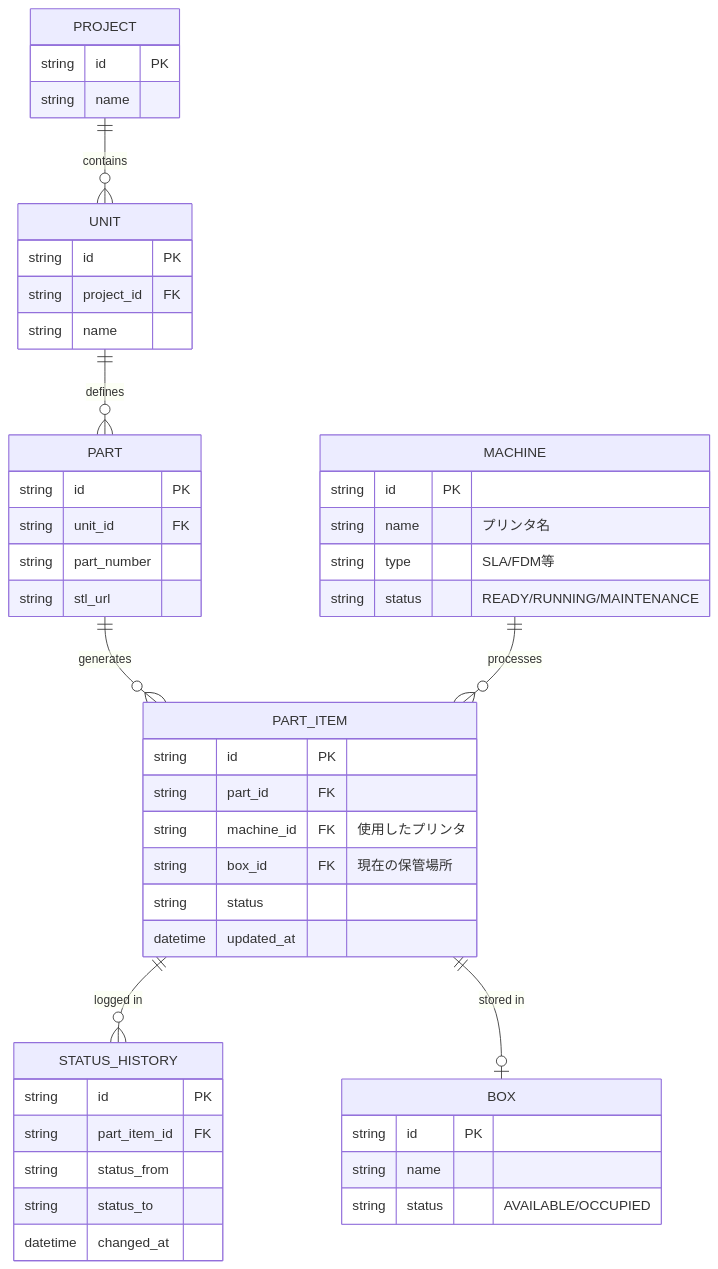
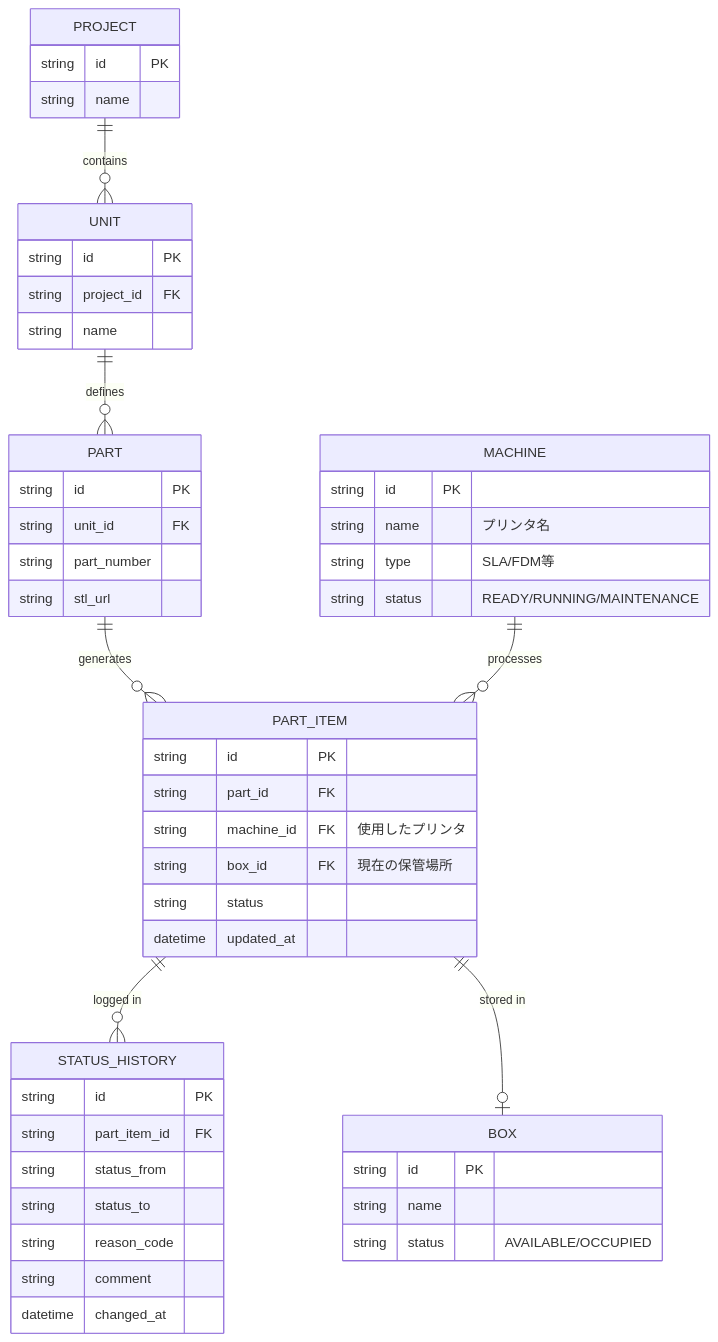
The diagram in specs/02_data_model.md (Yaeshio/SN-923-plan), drawn with Mermaid before and after one commit. The commit also changed other lines of this file and 2 other files, not shown here.

Commit message:
異常系の処理を追記

````diff
--- a/specs/02_data_model.md
+++ b/specs/02_data_model.md
@@ -5,51 +5,53 @@
 ```mermaid
 erDiagram
     PROJECT ||--o{ UNIT : contains
     UNIT ||--o{ PART : defines
     PART ||--o{ PART_ITEM : generates
     PART_ITEM ||--o{ STATUS_HISTORY : "logged in"
     PART_ITEM ||--o| BOX : "stored in"
     MACHINE ||--o{ PART_ITEM : "processes"
 
     PROJECT {
         string id PK
         string name
     }
     UNIT {
         string id PK
         string project_id FK
         string name
     }
     PART {
         string id PK
         string unit_id FK
         string part_number
         string stl_url
     }
     PART_ITEM {
         string id PK
         string part_id FK
         string machine_id FK "使用したプリンタ"
         string box_id FK "現在の保管場所"
         string status
         datetime updated_at
     }
     MACHINE {
         string id PK
         string name "プリンタ名"
         string type "SLA/FDM等"
         string status "READY/RUNNING/MAINTENANCE"
     }
     STATUS_HISTORY {
         string id PK
         string part_item_id FK
         string status_from
         string status_to
+        string reason_code
+        string comment
         datetime changed_at
     }
     BOX {
         string id PK
         string name
         string status "AVAILABLE/OCCUPIED"
     }
 ```
````
